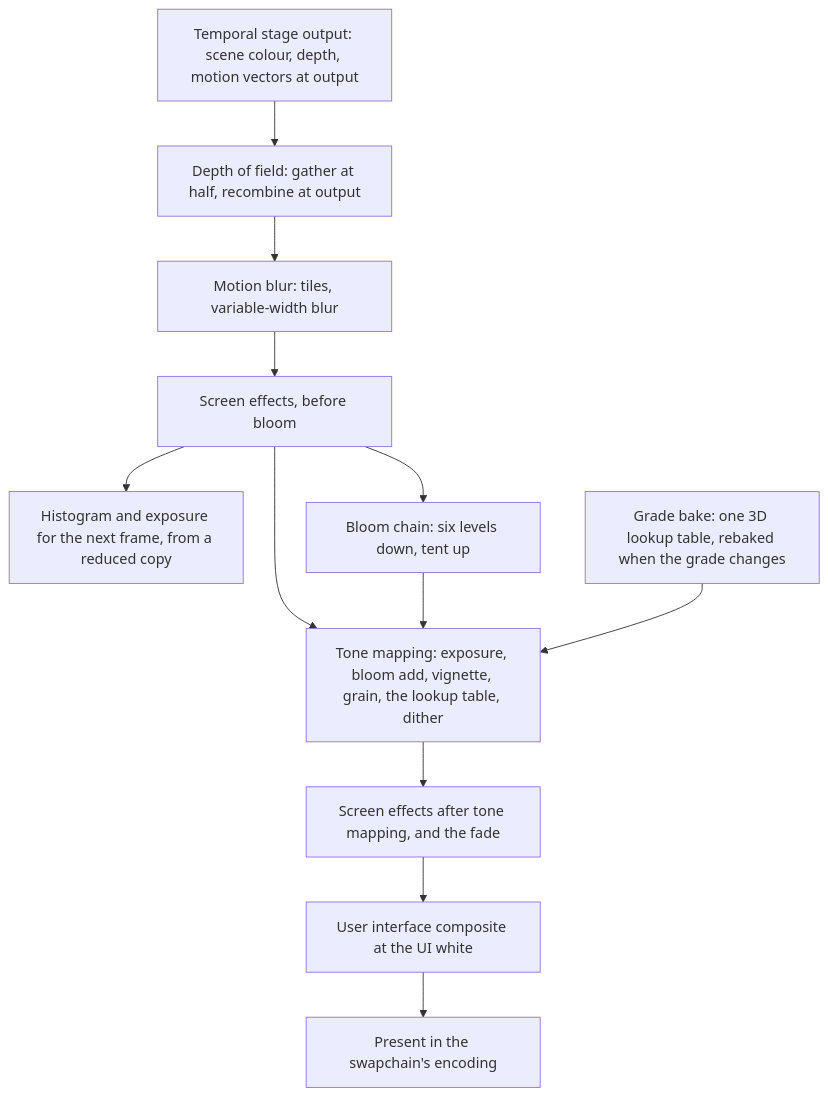
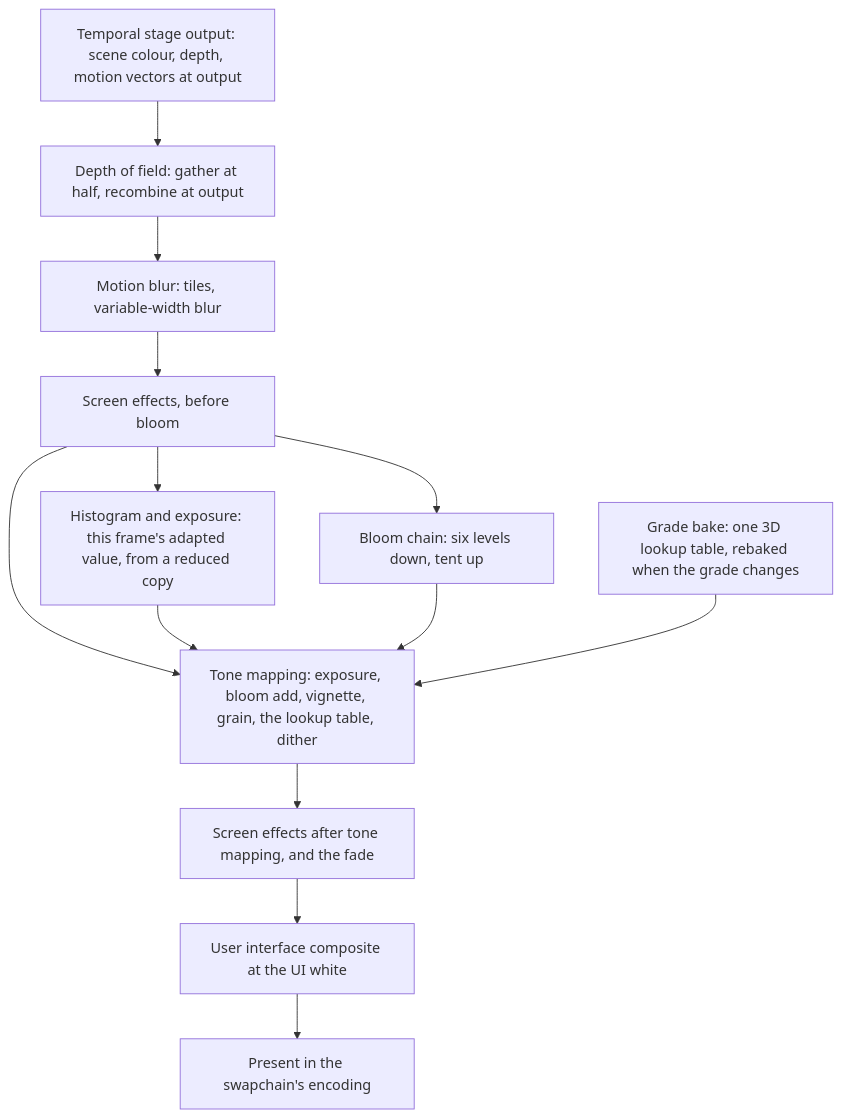
The second of 3 diagrams in docs/architecture/post-processing.md (plainsight-systems/bullet-witch), drawn with Mermaid before and after one commit. The commit also changed other lines of this file and 1 other file, not shown here.

First line of the commit message:
Tone mapping applies this frame's exposure, the meter is the channel mean, and the grade names its correction terms and the curve's fixed steps

````diff
--- a/docs/architecture/post-processing.md
+++ b/docs/architecture/post-processing.md
@@ -112,14 +117,15 @@
 ```mermaid
 flowchart TD
     TS["Temporal stage output: scene colour, depth, motion vectors at output"] --> DF["Depth of field: gather at half, recombine at output"]
     DF --> MB["Motion blur: tiles, variable-width blur"]
     MB --> E1["Screen effects, before bloom"]
-    E1 --> HG["Histogram and exposure for the next frame, from a reduced copy"]
+    E1 --> HG["Histogram and exposure: this frame's adapted value, from a reduced copy"]
     E1 --> BL["Bloom chain: six levels down, tent up"]
     E1 --> TM["Tone mapping: exposure, bloom add, vignette, grain, the lookup table, dither"]
+    HG --> TM
     BL --> TM
     GR["Grade bake: one 3D lookup table, rebaked when the grade changes"] --> TM
     TM --> E2["Screen effects after tone mapping, and the fade"]
     E2 --> UI["User interface composite at the UI white"]
     UI --> PR["Present in the swapchain's encoding"]
 ```
````
